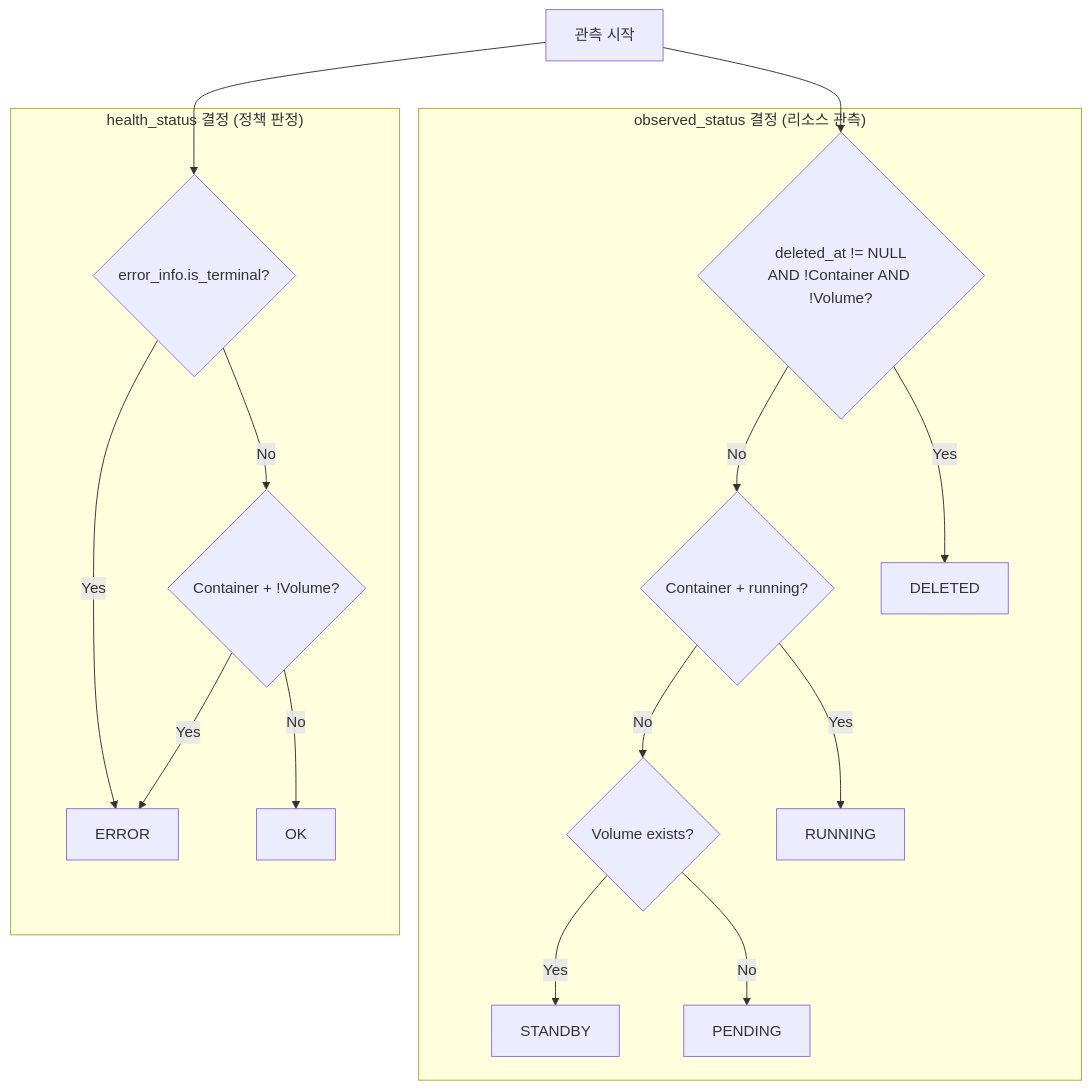
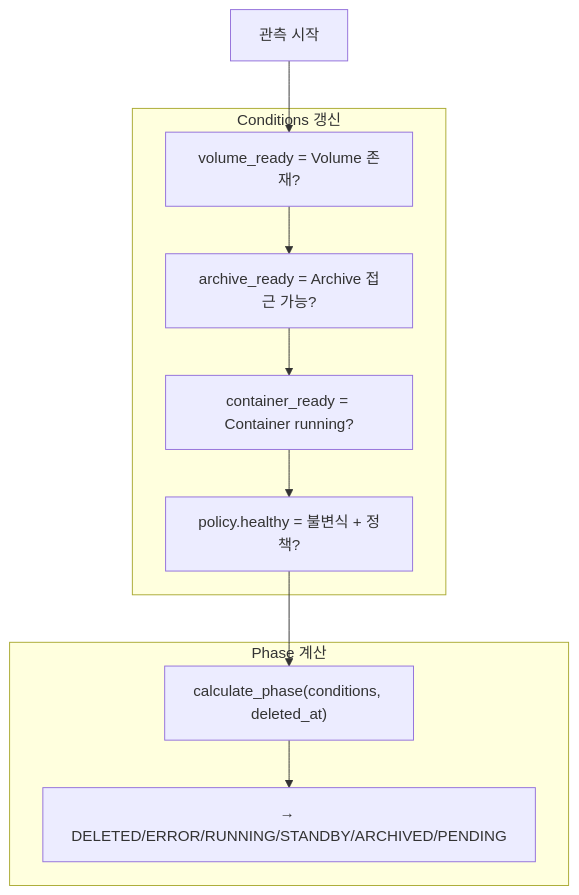
One commit to cagojeiger/code-hub changed the second of 6 diagrams in docs/spec_v2/04-control-plane.md. Above: the diagram before and after it, drawn with Mermaid. The commit also changed other lines of this file and 2 other files, not shown here.

First line of the commit message:
docs(spec_v2): update all spec docs to Conditions pattern

````diff
--- a/docs/spec_v2/04-control-plane.md
+++ b/docs/spec_v2/04-control-plane.md
@@ -121,35 +137,18 @@
 ```mermaid
 flowchart TB
     Start["관측 시작"]
 
-    subgraph observed["observed_status 결정 (리소스 관측)"]
-        Deleted{"deleted_at != NULL<br/>AND !Container AND !Volume?"}
-        Running{"Container + running?"}
-        Volume{"Volume exists?"}
-        DELETED["DELETED"]
-        RUNNING["RUNNING"]
-        STANDBY["STANDBY"]
-        PENDING["PENDING"]
+    subgraph conditions["Conditions 갱신"]
+        Vol["volume_ready = Volume 존재?"]
+        Arch["archive_ready = Archive 접근 가능?"]
+        Cont["container_ready = Container running?"]
+        Health["policy.healthy = 불변식 + 정책?"]
     end
 
-    subgraph health["health_status 결정 (정책 판정)"]
-        Terminal{"error_info.is_terminal?"}
-        ContainerNoVol{"Container + !Volume?"}
-        HealthERROR["ERROR"]
-        HealthOK["OK"]
+    subgraph phase["Phase 계산"]
+        Calc["calculate_phase(conditions, deleted_at)"]
+        Result["→ DELETED/ERROR/RUNNING/STANDBY/ARCHIVED/PENDING"]
     end
 
-    Start --> Deleted
-    Deleted -->|Yes| DELETED
-    Deleted -->|No| Running
-    Running -->|Yes| RUNNING
-    Running -->|No| Volume
-    Volume -->|Yes| STANDBY
-    Volume -->|No| PENDING
-
-    Start --> Terminal
-    Terminal -->|Yes| HealthERROR
-    Terminal -->|No| ContainerNoVol
-    ContainerNoVol -->|Yes| HealthERROR
-    ContainerNoVol -->|No| HealthOK
+    Start --> Vol --> Arch --> Cont --> Health --> Calc --> Result
 ```
````
